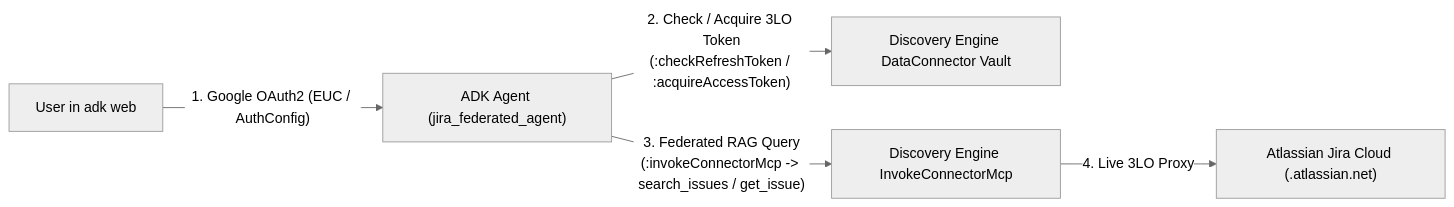
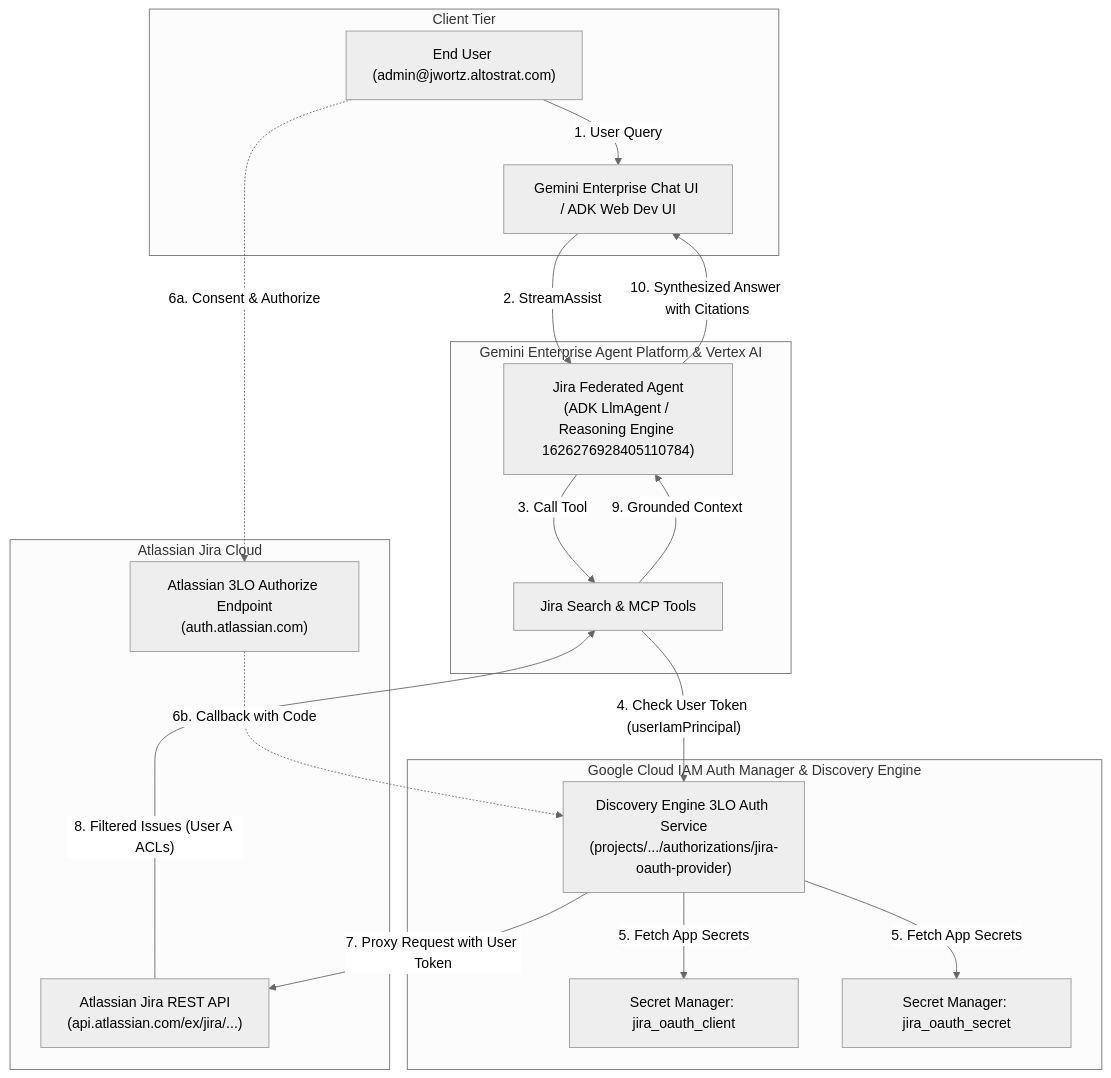
Before and after one commit to jswortz/gemini-jira-federated: the first of 2 diagrams in plan.md, drawn with Mermaid (neutral theme). The commit also changed other lines of this file and 3 other files, not shown here.

Commit message:
docs: add auth manager architecture, sequence diagrams, and 3LO fix documentation

````diff
--- a/plan.md
+++ b/plan.md
@@ -11,7 +19,38 @@
 ```mermaid
-flowchart LR
-    User["User in adk web"] -->|"1. Google OAuth2 (EUC / AuthConfig)"| ADK["ADK Agent (jira_federated_agent)"]
-    ADK -->|"2. Check / Acquire 3LO Token\n(:checkRefreshToken / :acquireAccessToken)"| DEAuth["Discovery Engine DataConnector Vault"]
-    ADK -->|"3. Federated RAG Query\n(:invokeConnectorMcp -> search_issues / get_issue)"| DEMcp["Discovery Engine InvokeConnectorMcp"]
-    DEMcp -->|"4. Live 3LO Proxy"| Jira["Atlassian Jira Cloud (<tenant>.atlassian.net)"]
+flowchart TD
+    subgraph Client["Client Tier"]
+        User["End User (admin@jwortz.altostrat.com)"]
+        UI["Gemini Enterprise Chat UI / ADK Web Dev UI"]
+        User -->|"1. User Query"| UI
+    end
+
+    subgraph AgentPlatform["Gemini Enterprise Agent Platform & Vertex AI"]
+        Agent["Jira Federated Agent\n(ADK LlmAgent / Reasoning Engine 1626276928405110784)"]
+        UI -->|"2. StreamAssist"| Agent
+        Tools["Jira Search & MCP Tools"]
+        Agent -->|"3. Call Tool"| Tools
+    end
+
+    subgraph GoogleIAM["Google Cloud IAM Auth Manager & Discovery Engine"]
+        AuthManager["Discovery Engine 3LO Auth Service\n(projects/.../authorizations/jira-oauth-provider)"]
+        Tools -->|"4. Check User Token (userIamPrincipal)"| AuthManager
+        
+        SMClient["Secret Manager: jira_oauth_client"]
+        SMSecret["Secret Manager: jira_oauth_secret"]
+        AuthManager -->|"5. Fetch App Secrets"| SMClient
+        AuthManager -->|"5. Fetch App Secrets"| SMSecret
+    end
+
+    subgraph AtlassianCloud["Atlassian Jira Cloud"]
+        AuthEndpoint["Atlassian 3LO Authorize Endpoint\n(auth.atlassian.com)"]
+        JiraAPI["Atlassian Jira REST API\n(api.atlassian.com/ex/jira/...)"]
+        
+        User -.->|"6a. Consent & Authorize"| AuthEndpoint
+        AuthEndpoint -.->|"6b. Callback with Code"| AuthManager
+        AuthManager -->|"7. Proxy Request with User Token"| JiraAPI
+    end
+
+    JiraAPI -->|"8. Filtered Issues (User A ACLs)"| Tools
+    Tools -->|"9. Grounded Context"| Agent
+    Agent -->|"10. Synthesized Answer with Citations"| UI
 ```
````
